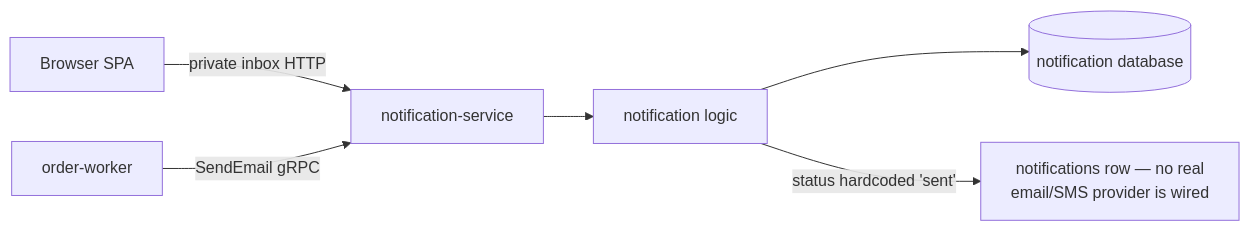
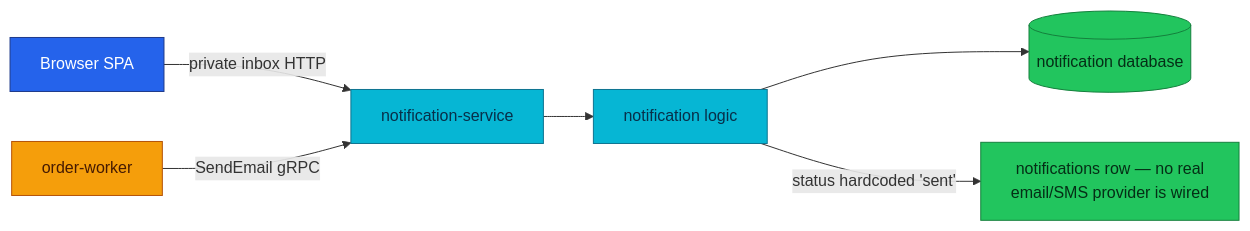
Before and after one commit to duynhlab/homelab: the diagram in docs/api/notification.md, drawn with Mermaid. The commit also changed other lines of this file and 15 other files, not shown here.

First line of the commit message:
Improve API architecture diagrams (#513)

````diff
--- a/docs/api/notification.md
+++ b/docs/api/notification.md
@@ -21,8 +21,17 @@
 ```mermaid
 flowchart LR
     SPA[Browser SPA] -->|private inbox HTTP| Notification[notification-service]
     Worker[order-worker] -->|SendEmail gRPC| Notification
     Notification --> Logic[notification logic]
     Logic --> DB[(notification database)]
     Logic -->|status hardcoded 'sent'| DB2[notifications row — no real\nemail/SMS provider is wired]
+
+    classDef edge fill:#2563eb,color:#fff,stroke:#1e3a8a;
+    classDef service fill:#06b6d4,color:#082f49,stroke:#0e7490;
+    classDef worker fill:#f59e0b,color:#451a03,stroke:#b45309;
+    classDef data fill:#22c55e,color:#052e16,stroke:#15803d;
+    class SPA edge;
+    class Notification,Logic service;
+    class Worker worker;
+    class DB,DB2 data;
 ```
````
